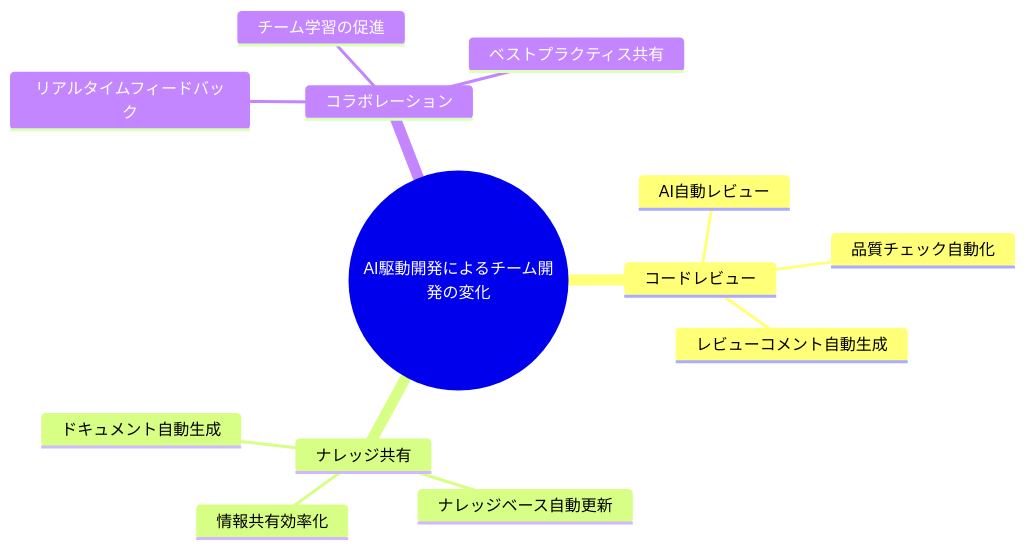
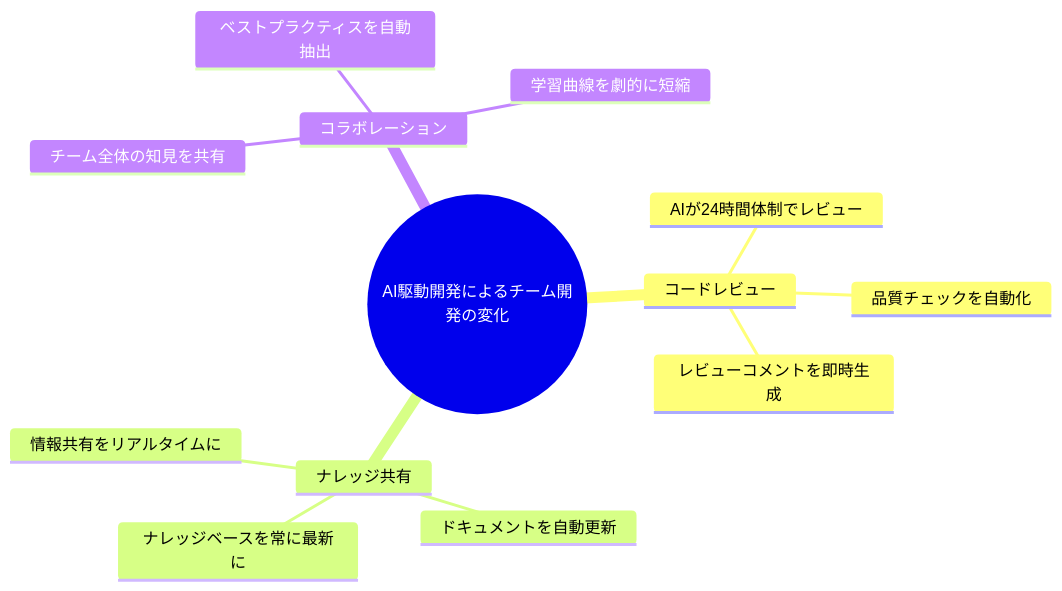
One commit to cyber-freaks-jp/AI_Driven_Development_Course changed the second of 5 diagrams in book/pages/実際の現場で起きている変化.md. Above: the diagram before and after it, drawn with Mermaid. The commit also changed other lines of this file and 1 other file, not shown here.

````diff
--- a/book/pages/実際の現場で起きている変化.md
+++ b/book/pages/実際の現場で起きている変化.md
@@ -69,16 +73,16 @@
 ```mermaid
 mindmap
     root((AI駆動開発によるチーム開発の変化))
         コードレビュー
-            AI自動レビュー
-            品質チェック自動化
-            レビューコメント自動生成
+            AIが24時間体制でレビュー
+            品質チェックを自動化
+            レビューコメントを即時生成
         ナレッジ共有
-            ドキュメント自動生成
-            ナレッジベース自動更新
-            情報共有効率化
+            ドキュメントを自動更新
+            ナレッジベースを常に最新に
+            情報共有をリアルタイムに
         コラボレーション
-            リアルタイムフィードバック
-            チーム学習の促進
-            ベストプラクティス共有
+            チーム全体の知見を共有
+            ベストプラクティスを自動抽出
+            学習曲線を劇的に短縮
 ```
````
